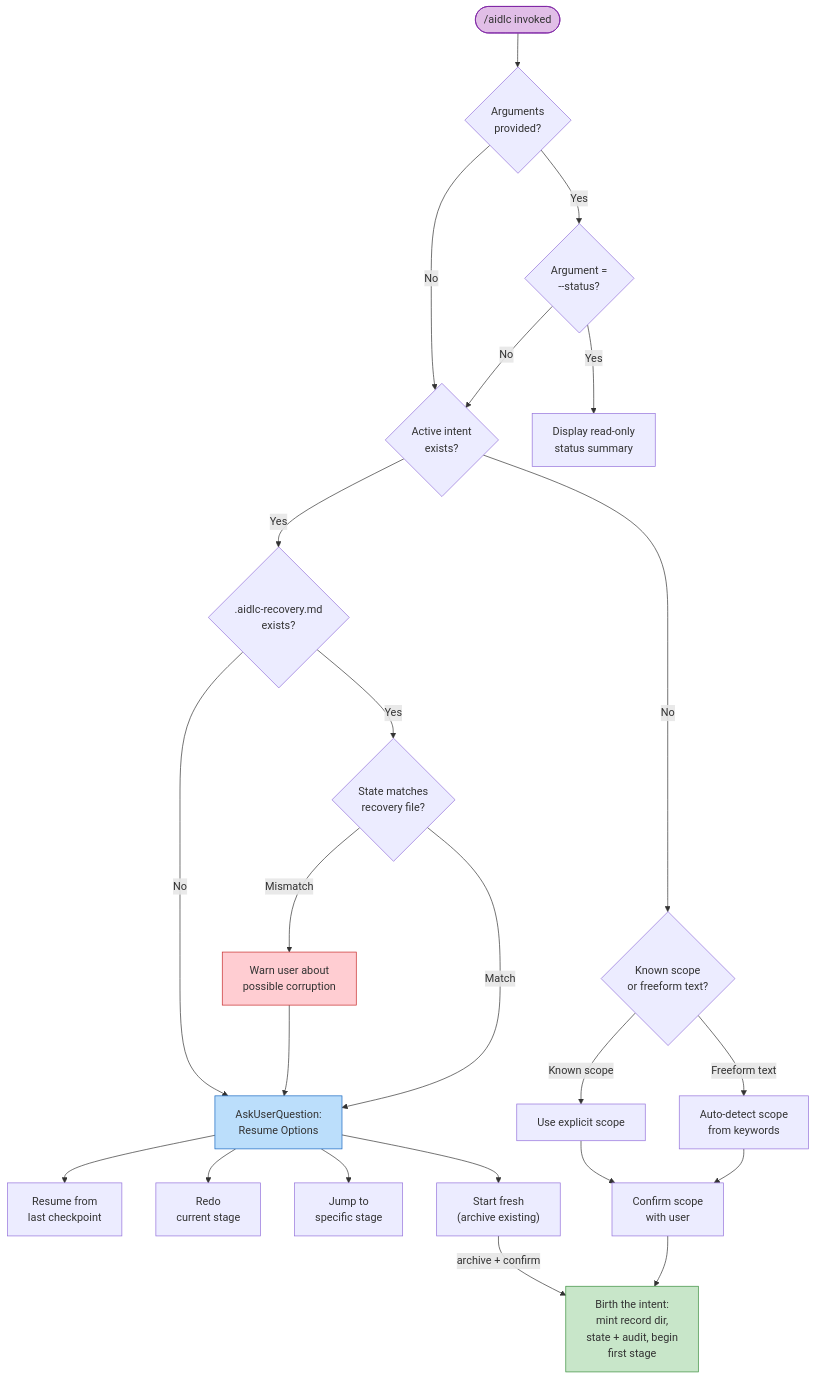
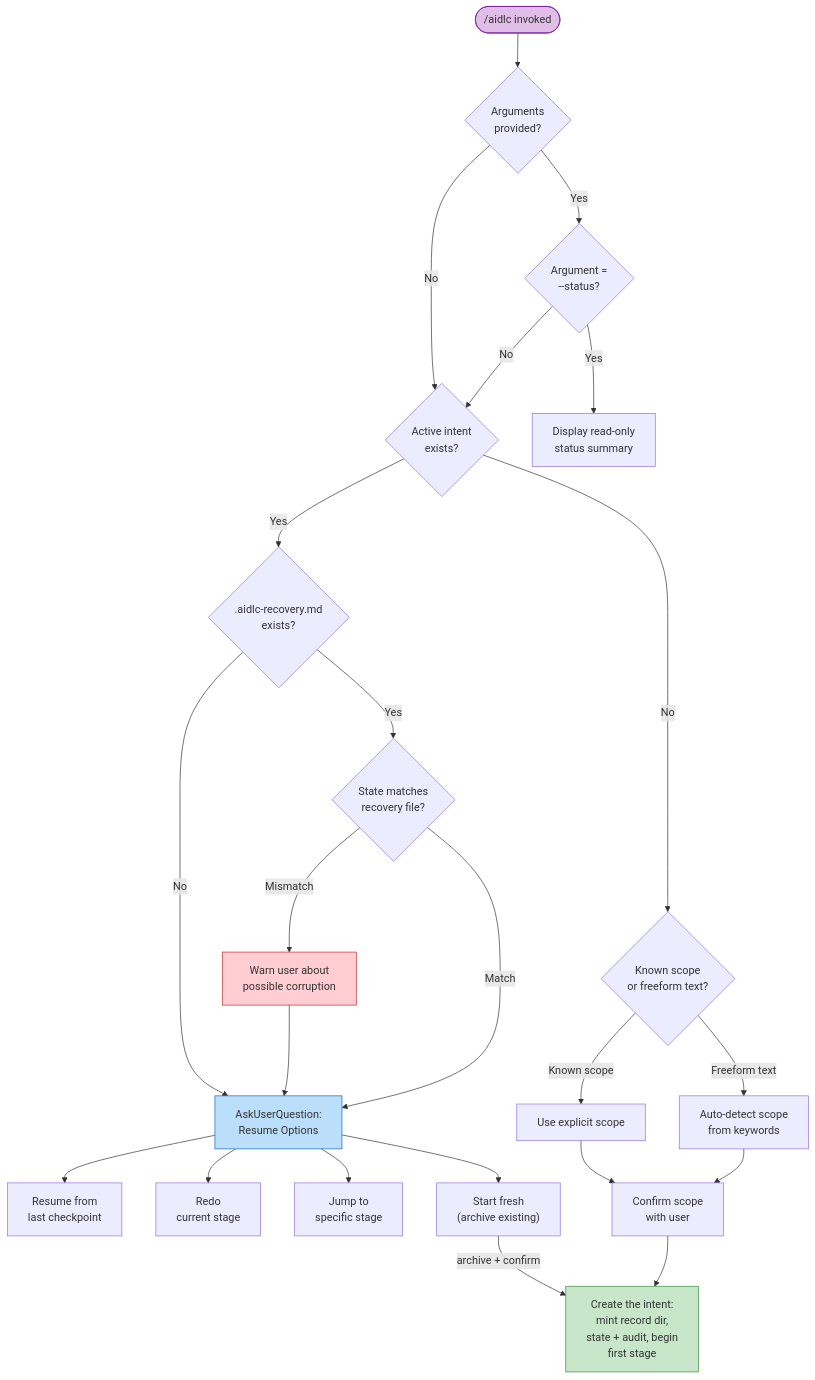
The eighth of 12 diagrams in docs/reference/diagrams.md (SaRedfiche/aidlc-workflows), drawn with Mermaid before and after one commit. The commit also changed other lines of this file and 410 other files, not shown here.

First line of the commit message:
fix: finish the intent-create vocabulary rename - intents are created, not birthed (#857)

````diff
--- a/docs/reference/diagrams.md
+++ b/docs/reference/diagrams.md
@@ -380,54 +380,54 @@
 ```mermaid
 flowchart TD
     START(["/aidlc invoked"])
     ARG_CHECK{"Arguments\nprovided?"}
     STATUS_CHECK{"Argument =\n--status?"}
     STATE_EXISTS{"Active intent\nexists?"}
     RECOVERY_CHECK{".aidlc-recovery.md\nexists?"}
     CORRUPTION{"State matches\nrecovery file?"}
     WARN["Warn user about\npossible corruption"]
 
     RESUME_MENU["AskUserQuestion:\nResume Options"]
     OPT_RESUME["Resume from\nlast checkpoint"]
     OPT_REDO["Redo\ncurrent stage"]
     OPT_JUMP["Jump to\nspecific stage"]
     OPT_FRESH["Start fresh\n(archive existing)"]
 
     STATUS_DISPLAY["Display read-only\nstatus summary"]
     SCOPE_DETECT{"Known scope\nor freeform text?"}
     KNOWN_SCOPE["Use explicit scope"]
     FREEFORM["Auto-detect scope\nfrom keywords"]
     CONFIRM_SCOPE["Confirm scope\nwith user"]
-    BIRTH["Birth the intent:\nmint record dir,\nstate + audit, begin\nfirst stage"]
+    CREATE["Create the intent:\nmint record dir,\nstate + audit, begin\nfirst stage"]
 
     START --> ARG_CHECK
     ARG_CHECK -->|Yes| STATUS_CHECK
     ARG_CHECK -->|No| STATE_EXISTS
 
     STATUS_CHECK -->|Yes| STATUS_DISPLAY
     STATUS_CHECK -->|No| STATE_EXISTS
 
     STATE_EXISTS -->|Yes| RECOVERY_CHECK
     STATE_EXISTS -->|No| SCOPE_DETECT
 
     RECOVERY_CHECK -->|Yes| CORRUPTION
     RECOVERY_CHECK -->|No| RESUME_MENU
     CORRUPTION -->|Mismatch| WARN --> RESUME_MENU
     CORRUPTION -->|Match| RESUME_MENU
 
     RESUME_MENU --> OPT_RESUME
     RESUME_MENU --> OPT_REDO
     RESUME_MENU --> OPT_JUMP
     RESUME_MENU --> OPT_FRESH
 
-    OPT_FRESH -->|"archive + confirm"| BIRTH
+    OPT_FRESH -->|"archive + confirm"| CREATE
 
     SCOPE_DETECT -->|"Known scope"| KNOWN_SCOPE --> CONFIRM_SCOPE
     SCOPE_DETECT -->|"Freeform text"| FREEFORM --> CONFIRM_SCOPE
-    CONFIRM_SCOPE --> BIRTH
+    CONFIRM_SCOPE --> CREATE
 
     style START fill:#e1bee7,stroke:#7b1fa2
     style RESUME_MENU fill:#bbdefb,stroke:#1565c0
-    style BIRTH fill:#c8e6c9,stroke:#388e3c
+    style CREATE fill:#c8e6c9,stroke:#388e3c
     style WARN fill:#ffcdd2,stroke:#c62828
 ```
````
